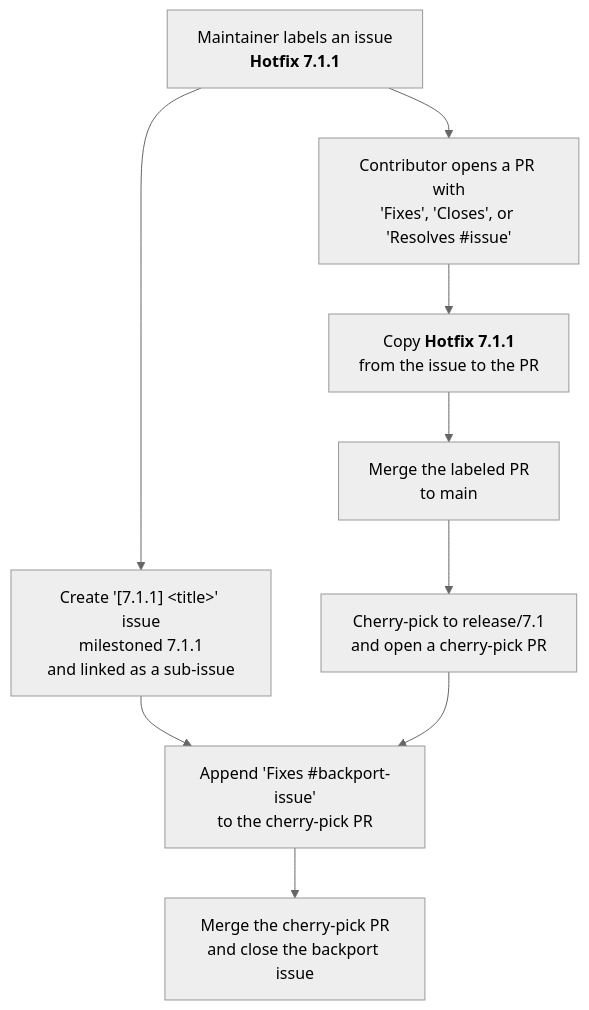
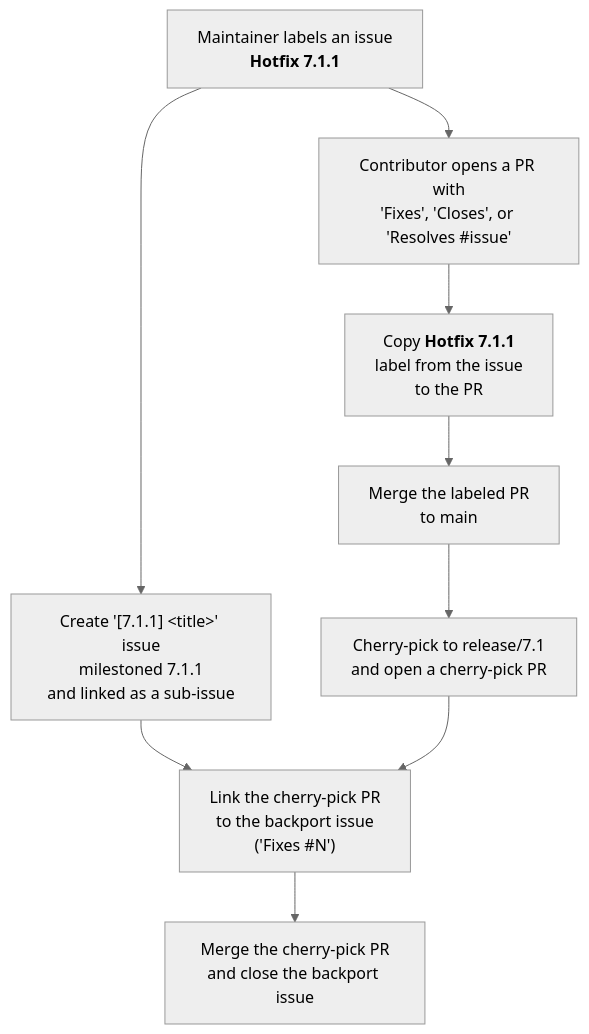
Before and after one commit to dotnet/SqlClient: the diagram in .github/hotfix-label-automation.md, drawn with Mermaid (neutral theme).

Commit message:
Fix cut-off/wrapped labels in hotfix automation diagram
- Split the 'Copy label' node across three lines so the bold
  Hotfix X.Y.Z text isn't squeezed onto one long line.
- Reworded the middle 'Append Fixes #backport-issue' node, which was
  wrapping mid-hyphen into 'backport-' / 'issue'' and rendering as
  cut off. Now reads 'Link the cherry-pick PR to the backport issue
  (Fixes #N)'.

````diff
--- a/.github/hotfix-label-automation.md
+++ b/.github/hotfix-label-automation.md
@@ -7,12 +7,12 @@
 ```mermaid
 flowchart TD
     A["Maintainer labels an issue<br/><b>Hotfix 7.1.1</b>"]
     A --> B["Create '[7.1.1] &lt;title&gt;' issue<br/>milestoned 7.1.1<br/>and linked as a sub-issue"]
     A --> C["Contributor opens a PR with<br/>'Fixes', 'Closes', or 'Resolves #issue'"]
-    C --> D["Copy <b>Hotfix 7.1.1</b><br/>from the issue to the PR"]
+    C --> D["Copy <b>Hotfix 7.1.1</b><br/>label from the issue<br/>to the PR"]
     D --> E["Merge the labeled PR<br/>to main"]
     E --> F["Cherry-pick to release/7.1<br/>and open a cherry-pick PR"]
-    B --> G["Append 'Fixes #backport-issue'<br/>to the cherry-pick PR"]
+    B --> G["Link the cherry-pick PR<br/>to the backport issue<br/>('Fixes #N')"]
     F --> G
     G --> H["Merge the cherry-pick PR<br/>and close the backport issue"]
 ```
````
